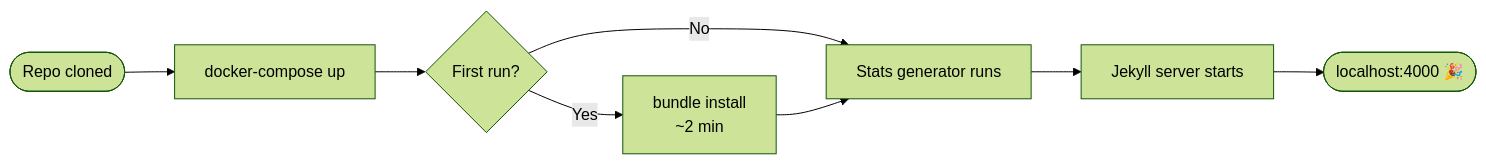
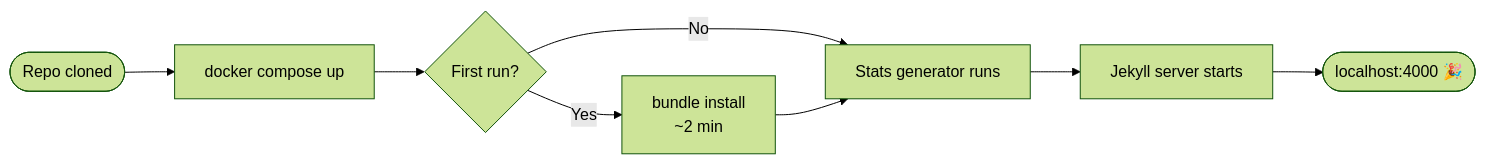
The diagram in pages/_quickstart/jekyll-setup.md (bamr87/zer0-mistakes), drawn with Mermaid (forest theme) before and after one commit. The commit also changed other lines of this file and 3 other files, not shown here.

````diff
--- a/pages/_quickstart/jekyll-setup.md
+++ b/pages/_quickstart/jekyll-setup.md
@@ -38,10 +38,10 @@
 ```mermaid
 flowchart LR
-    A([Repo cloned]) --> B[docker-compose up]
+    A([Repo cloned]) --> B[docker compose up]
     B --> C{First run?}
     C -->|Yes| D[bundle install\n~2 min]
     C -->|No| E[Stats generator runs]
     D --> E
     E --> F[Jekyll server starts]
     F --> G([localhost:4000 🎉])
 ```
````
